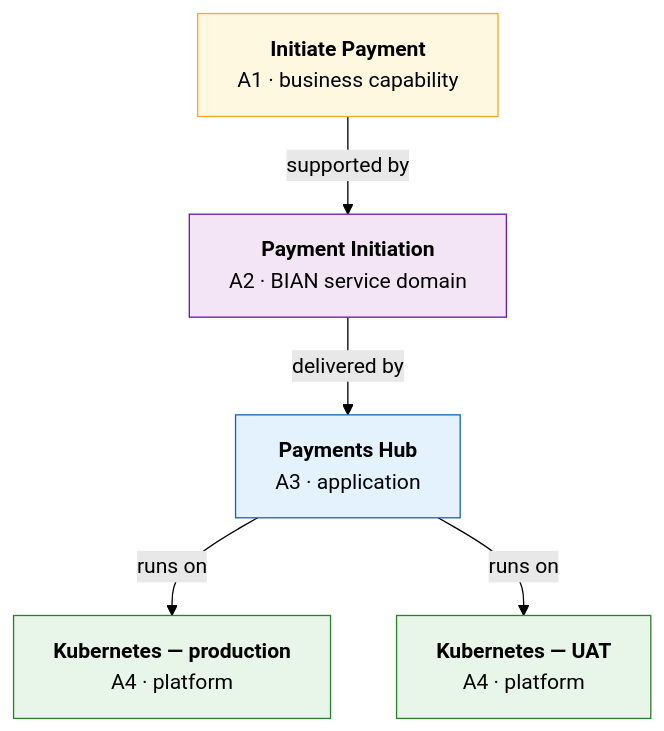
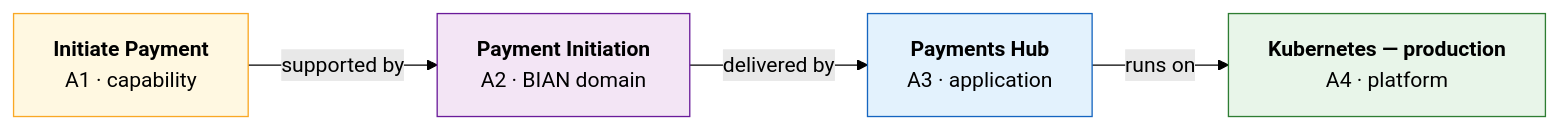
Before and after one commit to taumoeps/bian-sdem-framework: the fifth of 9 diagrams in README.md, drawn with Mermaid (forest theme). The commit also changed other lines of this file and 26 other files, not shown here.

````diff
--- a/README.md
+++ b/README.md
@@ -138,15 +94,14 @@
 ```mermaid
-flowchart TB
-    A["<b>Initiate Payment</b><br/>A1 · business capability"] -->|"supported by"| B["<b>Payment Initiation</b><br/>A2 · BIAN service domain"]
+flowchart LR
+    A["<b>Initiate Payment</b><br/>A1 · capability"] -->|"supported by"| B["<b>Payment Initiation</b><br/>A2 · BIAN domain"]
     B -->|"delivered by"| C["<b>Payments Hub</b><br/>A3 · application"]
     C -->|"runs on"| D["<b>Kubernetes — production</b><br/>A4 · platform"]
-    C -->|"runs on"| E["<b>Kubernetes — UAT</b><br/>A4 · platform"]
     classDef a1 fill:#FFF8E1,stroke:#F9A825
     classDef a2 fill:#F3E5F5,stroke:#6A1B9A
     classDef a3 fill:#E3F2FD,stroke:#1565C0
     classDef a4 fill:#E8F5E9,stroke:#2E7D32
     class A a1
     class B a2
     class C a3
-    class D,E a4
+    class D a4
 ```
````
